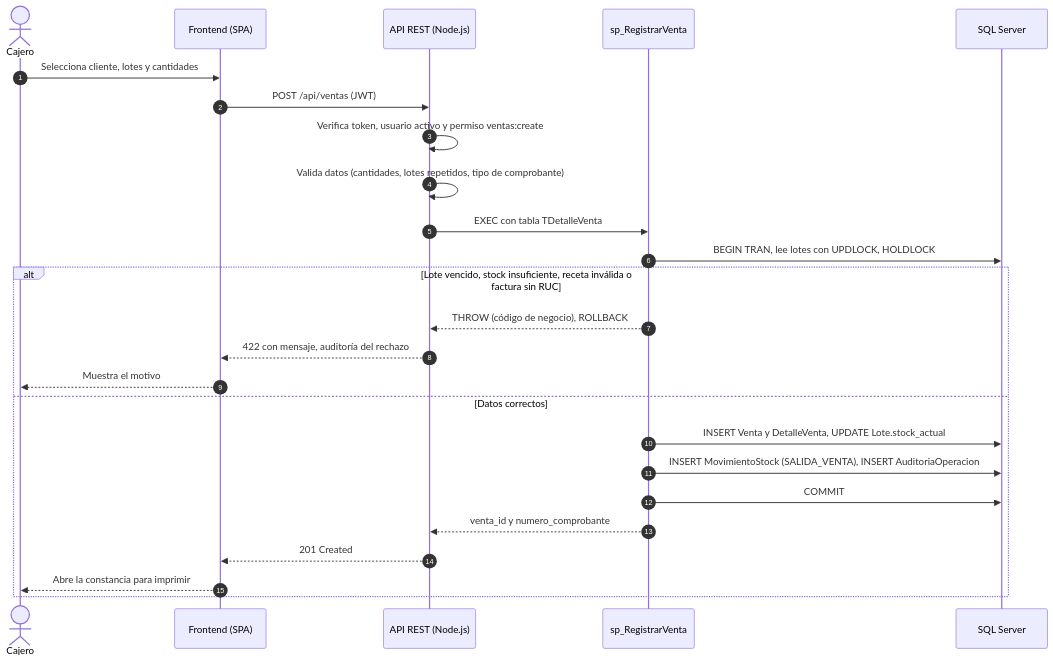
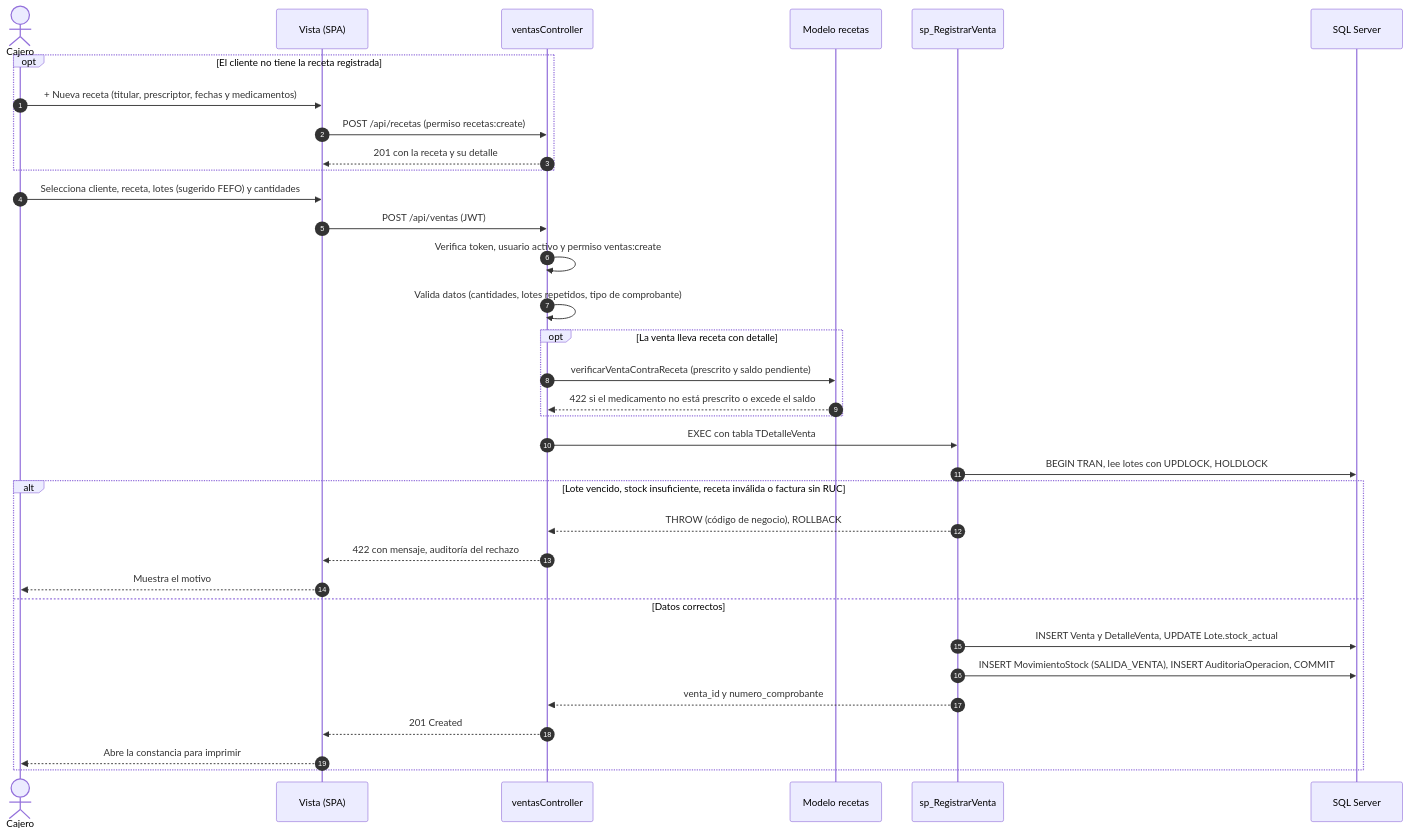
One commit to angelonavarroxd23-lab/Farma-Control changed the diagram in docs/diagramas/src/sec_venta.mmd. Above: the diagram before and after it, drawn with Mermaid. The commit also changed 24 other files, not shown here.

First line of the commit message:
Diagramas actualizados a v2.1: 17 tablas/28 FK, MVC, receta en caja, lote/proveedor en compra, reposicion, estados de orden

```diff
--- a/docs/diagramas/src/sec_venta.mmd
+++ b/docs/diagramas/src/sec_venta.mmd
@@ -1,25 +1,34 @@
 sequenceDiagram
 autonumber
 actor C as Cajero
-participant UI as Frontend (SPA)
-participant API as API REST (Node.js)
+participant UI as Vista (SPA)
+participant V as ventasController
+participant R as Modelo recetas
 participant SP as sp_RegistrarVenta
 participant DB as SQL Server
-C->>UI: Selecciona cliente, lotes y cantidades
-UI->>API: POST /api/ventas (JWT)
-API->>API: Verifica token, usuario activo y permiso ventas:create
-API->>API: Valida datos (cantidades, lotes repetidos, tipo de comprobante)
-API->>SP: EXEC con tabla TDetalleVenta
+opt El cliente no tiene la receta registrada
+C->>UI: + Nueva receta (titular, prescriptor, fechas y medicamentos)
+UI->>V: POST /api/recetas (permiso recetas:create)
+V-->>UI: 201 con la receta y su detalle
+end
+C->>UI: Selecciona cliente, receta, lotes (sugerido FEFO) y cantidades
+UI->>V: POST /api/ventas (JWT)
+V->>V: Verifica token, usuario activo y permiso ventas:create
+V->>V: Valida datos (cantidades, lotes repetidos, tipo de comprobante)
+opt La venta lleva receta con detalle
+V->>R: verificarVentaContraReceta (prescrito y saldo pendiente)
+R-->>V: 422 si el medicamento no está prescrito o excede el saldo
+end
+V->>SP: EXEC con tabla TDetalleVenta
 SP->>DB: BEGIN TRAN, lee lotes con UPDLOCK, HOLDLOCK
 alt Lote vencido, stock insuficiente, receta inválida o factura sin RUC
-SP-->>API: THROW (código de negocio), ROLLBACK
-API-->>UI: 422 con mensaje, auditoría del rechazo
+SP-->>V: THROW (código de negocio), ROLLBACK
+V-->>UI: 422 con mensaje, auditoría del rechazo
 UI-->>C: Muestra el motivo
 else Datos correctos
 SP->>DB: INSERT Venta y DetalleVenta, UPDATE Lote.stock_actual
-SP->>DB: INSERT MovimientoStock (SALIDA_VENTA), INSERT AuditoriaOperacion
-SP->>DB: COMMIT
-SP-->>API: venta_id y numero_comprobante
-API-->>UI: 201 Created
+SP->>DB: INSERT MovimientoStock (SALIDA_VENTA), INSERT AuditoriaOperacion, COMMIT
+SP-->>V: venta_id y numero_comprobante
+V-->>UI: 201 Created
 UI-->>C: Abre la constancia para imprimir
 end
```
